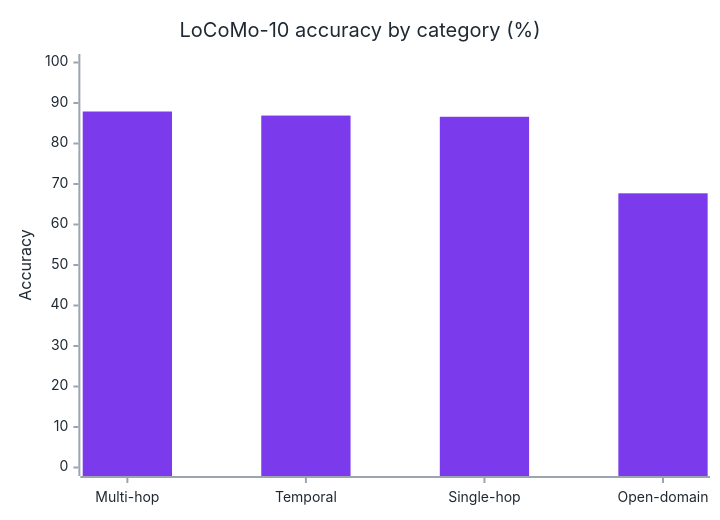
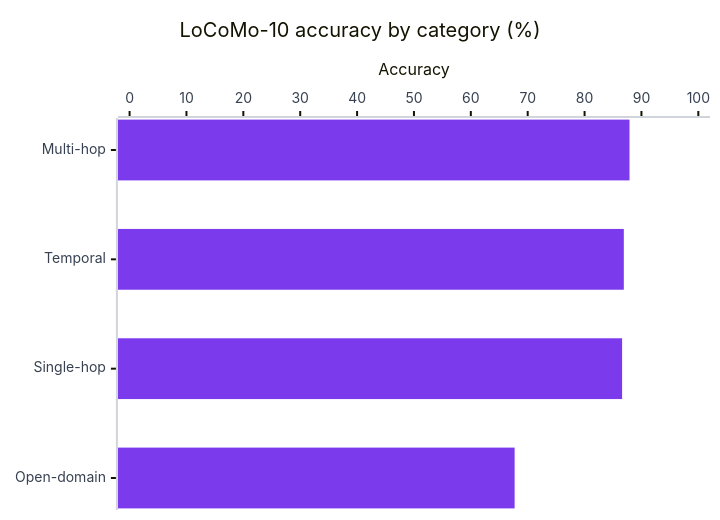
Before and after one commit to ahammadnafiz/engram: the second of 4 diagrams in docs/benchmarks.md, drawn with Mermaid. The commit also changed other lines of this file and 11 other files, not shown here.

````diff
--- a/docs/benchmarks.md
+++ b/docs/benchmarks.md
@@ -78,24 +83,19 @@
 ```mermaid
 ---
 config:
   theme: base
   themeVariables:
     xyChart:
       backgroundColor: "transparent"
-      titleColor: "#1f2933"
       plotColorPalette: "#7c3aed"
-      xAxisLabelColor: "#1f2933"
-      xAxisTitleColor: "#1f2933"
-      xAxisLineColor: "#9aa5b1"
-      xAxisTickColor: "#9aa5b1"
-      yAxisLabelColor: "#1f2933"
-      yAxisTitleColor: "#1f2933"
-      yAxisLineColor: "#9aa5b1"
-      yAxisTickColor: "#9aa5b1"
+      xAxisLabelColor: "#374151"
+      yAxisLabelColor: "#374151"
+      xAxisLineColor: "#d1d5db"
+      yAxisLineColor: "#d1d5db"
 ---
-xychart-beta
+xychart-beta horizontal
     title "LoCoMo-10 accuracy by category (%)"
     x-axis ["Multi-hop", "Temporal", "Single-hop", "Open-domain"]
     y-axis "Accuracy" 0 --> 100
     bar [87.9, 86.9, 86.6, 67.7]
 ```
````
